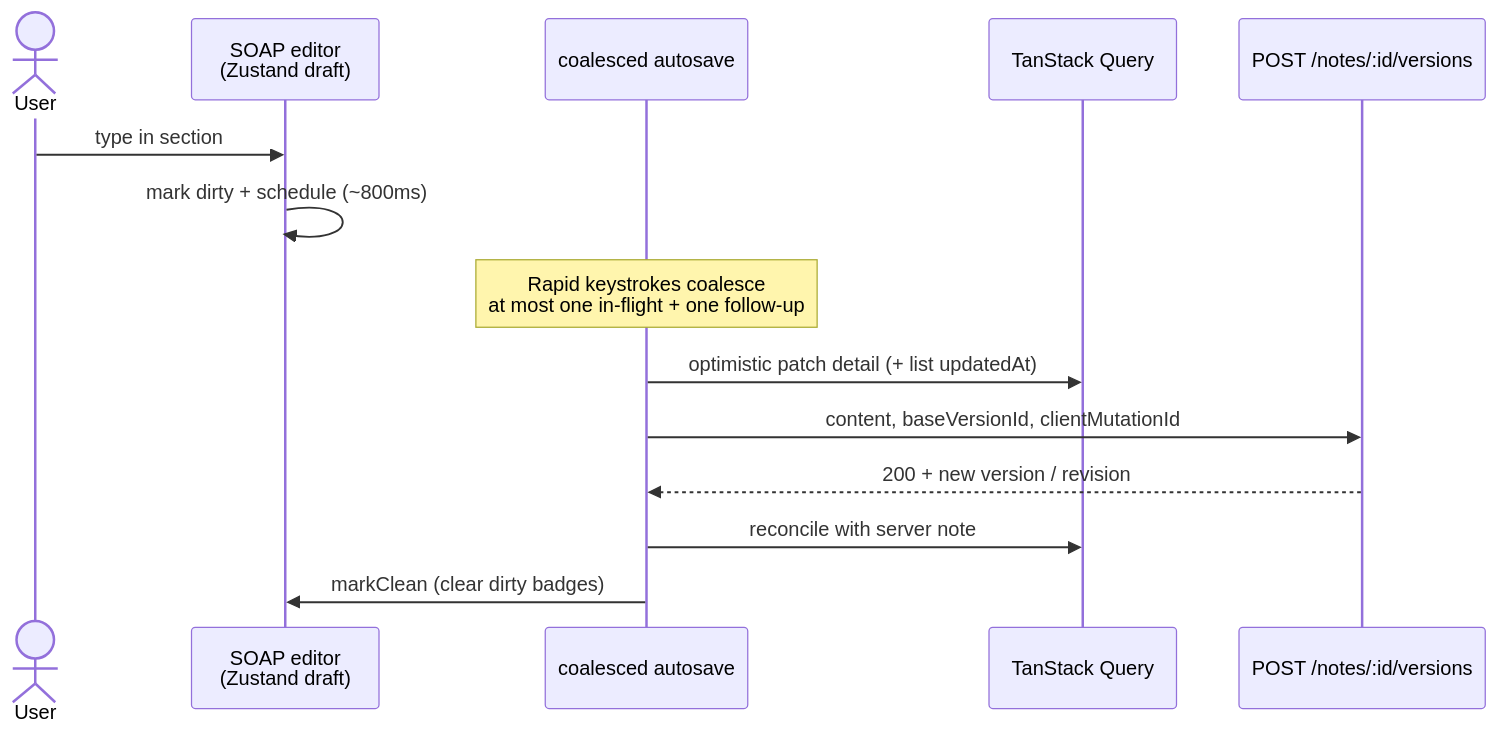
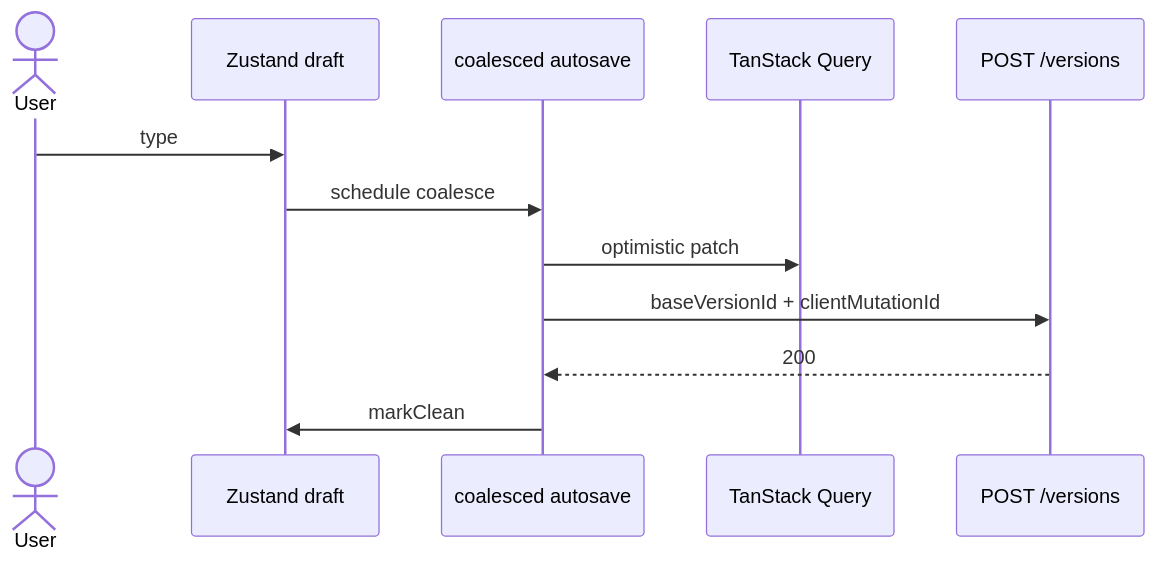
Before and after one commit to rickyssj2/cliniq-notes-ai: the diagram in docs/04-sequence-save-happy-path.md, drawn with Mermaid. The commit also changed other lines of this file and 46 other files, not shown here.

````diff
--- a/docs/04-sequence-save-happy-path.md
+++ b/docs/04-sequence-save-happy-path.md
@@ -7,17 +35,14 @@
 ```mermaid
 sequenceDiagram
   actor User
-  participant Editor as SOAP editor<br/>(Zustand draft)
+  participant Editor as Zustand draft
   participant Saver as coalesced autosave
   participant TQ as TanStack Query
-  participant API as POST /notes/:id/versions
-
-  User->>Editor: type in section
-  Editor->>Editor: mark dirty + schedule (~800ms)
-  Note over Saver: Rapid keystrokes coalesce<br/>at most one in-flight + one follow-up
-  Saver->>TQ: optimistic patch detail (+ list updatedAt)
-  Saver->>API: content, baseVersionId, clientMutationId
-  API-->>Saver: 200 + new version / revision
-  Saver->>TQ: reconcile with server note
-  Saver->>Editor: markClean (clear dirty badges)
+  participant API as POST /versions
+  User->>Editor: type
+  Editor->>Saver: schedule coalesce
+  Saver->>TQ: optimistic patch
+  Saver->>API: baseVersionId + clientMutationId
+  API-->>Saver: 200
+  Saver->>Editor: markClean
 ```
````
